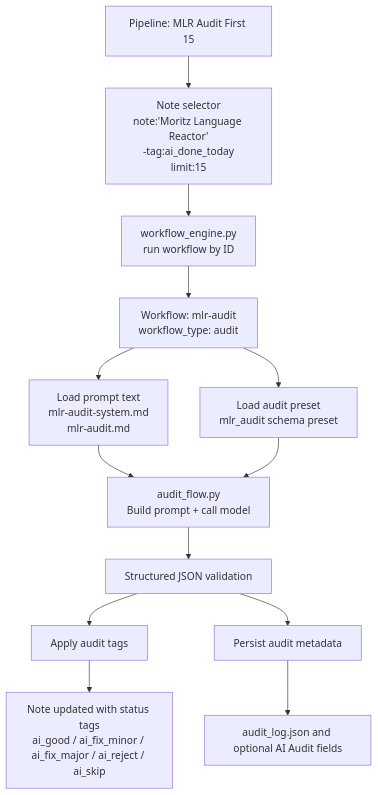
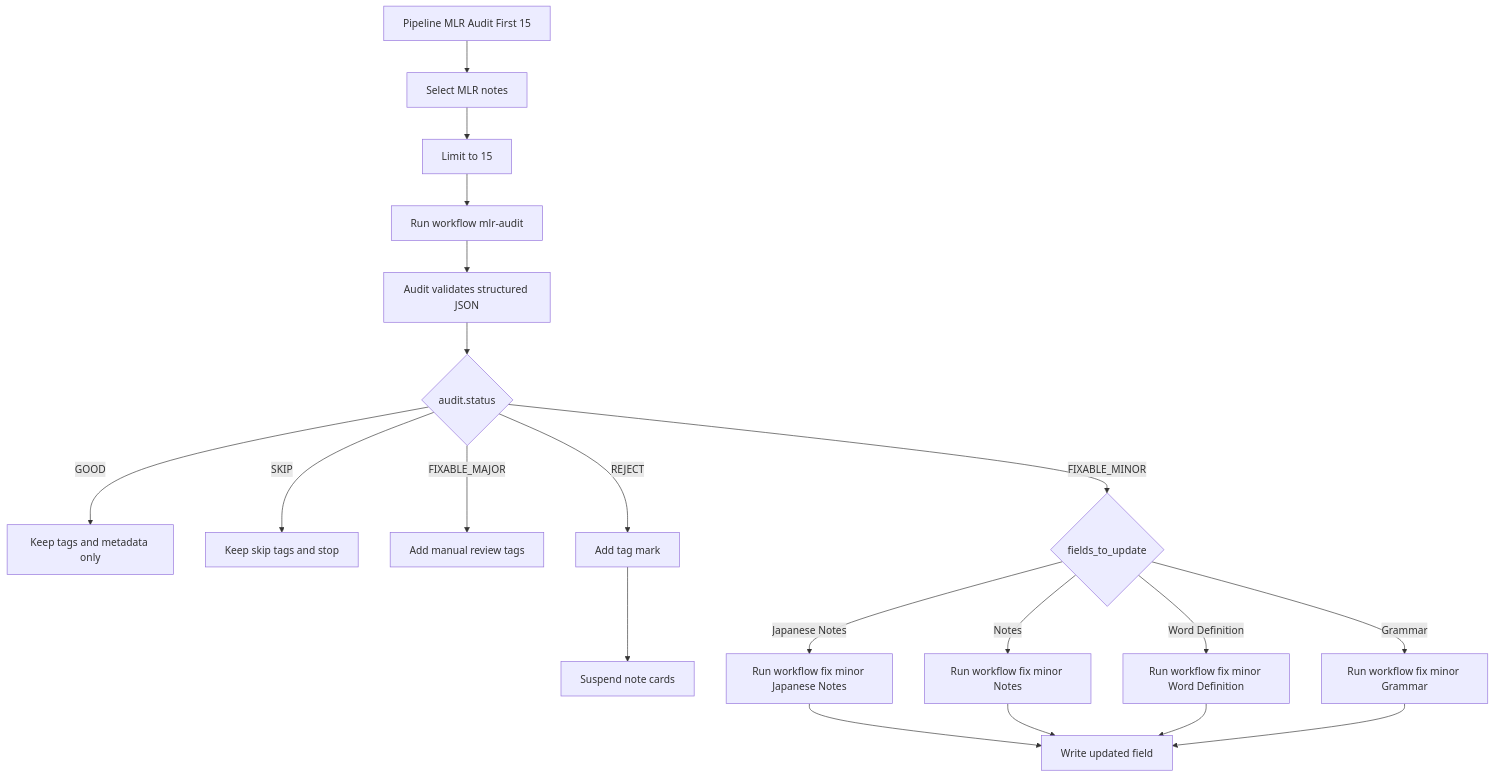
The diagram in docs/architecture/sample-user-workflow-pipeline.mmd (moritzvitt/anki-ai-automation), drawn with Mermaid before and after one commit. The commit also changed 2 other files, not shown here.

Commit message:
Refresh sample audit pipeline docs

```diff
--- a/docs/architecture/sample-user-workflow-pipeline.mmd
+++ b/docs/architecture/sample-user-workflow-pipeline.mmd
@@ -1,13 +1,23 @@
 graph TD
-    A[Pipeline: MLR Audit First 15] --> B[Note selector<br/>note:'Moritz Language Reactor'<br/>-tag:ai_done_today<br/>limit:15]
-    B --> C[workflow_engine.py<br/>run workflow by ID]
-    C --> D[Workflow: mlr-audit<br/>workflow_type: audit]
-    D --> E[Load prompt text<br/>mlr-audit-system.md<br/>mlr-audit.md]
-    D --> F[Load audit preset<br/>mlr_audit schema preset]
-    E --> G[audit_flow.py<br/>Build prompt + call model]
-    F --> G
-    G --> H[Structured JSON validation]
-    H --> I[Apply audit tags]
-    H --> J[Persist audit metadata]
-    I --> K[Note updated with status tags<br/>ai_good / ai_fix_minor / ai_fix_major / ai_reject / ai_skip]
-    J --> L[audit_log.json and optional AI Audit fields]
+    A[Pipeline MLR Audit First 15] --> B[Select MLR notes]
+    B --> C[Limit to 15]
+    C --> D[Run workflow mlr-audit]
+    D --> E[Audit validates structured JSON]
+    E --> F{audit.status}
+
+    F -->|GOOD| G[Keep tags and metadata only]
+    F -->|SKIP| H[Keep skip tags and stop]
+    F -->|FIXABLE_MAJOR| I[Add manual review tags]
+    F -->|REJECT| J[Add tag mark]
+    J --> K[Suspend note cards]
+    F -->|FIXABLE_MINOR| L{fields_to_update}
+
+    L -->|Japanese Notes| M[Run workflow fix minor Japanese Notes]
+    L -->|Notes| N[Run workflow fix minor Notes]
+    L -->|Word Definition| O[Run workflow fix minor Word Definition]
+    L -->|Grammar| P[Run workflow fix minor Grammar]
+
+    M --> Q[Write updated field]
+    N --> Q
+    O --> Q
+    P --> Q
```
